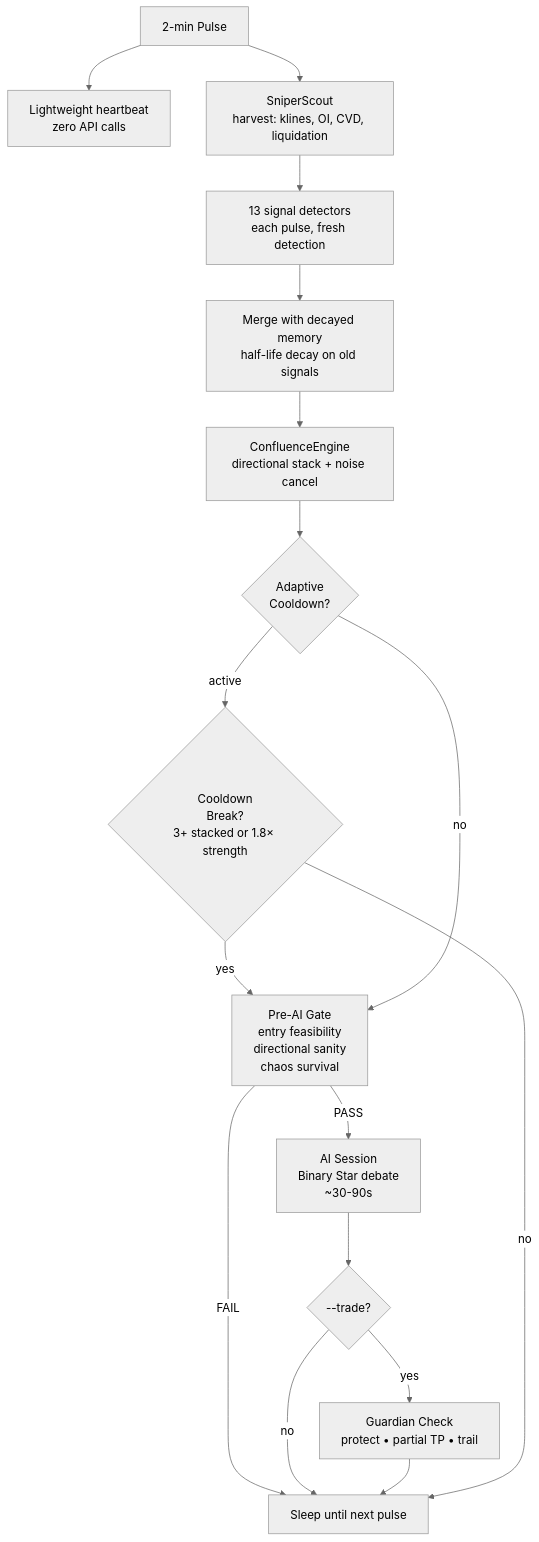
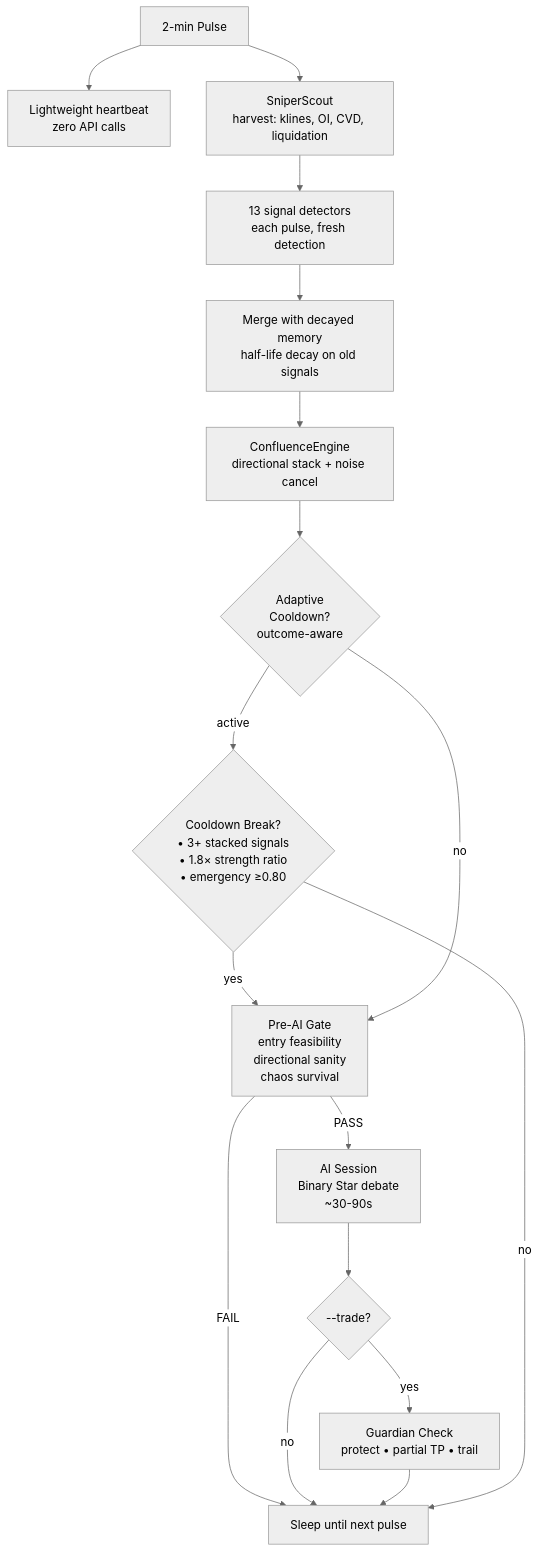
One commit to jiangyang5157/binary-star changed the third of 5 diagrams in README.md. Above: the diagram before and after it, drawn with Mermaid (neutral theme). The commit also changed other lines of this file, not shown here.

````diff
--- a/README.md
+++ b/README.md
@@ -184,19 +216,19 @@
 ```mermaid
 graph TD
     Pulse["2-min Pulse"] --> LW["Lightweight heartbeat<br/>zero API calls"]
     Pulse --> Scout["SniperScout<br/>harvest: klines, OI, CVD, liquidation"]
     Scout --> Detect["13 signal detectors<br/>each pulse, fresh detection"]
     Detect --> Merge["Merge with decayed memory<br/>half-life decay on old signals"]
     Merge --> Confluence["ConfluenceEngine<br/>directional stack + noise cancel"]
-    Confluence --> Cooldown{"Adaptive<br/>Cooldown?"}
-    Cooldown -->|active| Break{"Cooldown<br/>Break?<br/>3+ stacked or 1.8× strength"}
+    Confluence --> Cooldown{"Adaptive<br/>Cooldown?<br/>outcome-aware"}
+    Cooldown -->|active| Break{"Cooldown Break?<br/>• 3+ stacked signals<br/>• 1.8× strength ratio<br/>• emergency ≥0.80"}
     Break -->|yes| Gate
     Cooldown -->|no| Gate["Pre-AI Gate<br/>entry feasibility<br/>directional sanity<br/>chaos survival"]
     Gate -->|PASS| AI["AI Session<br/>Binary Star debate<br/>~30-90s"]
     Gate -->|FAIL| Sleep
     AI --> Trade{"--trade?"}
     Trade -->|yes| Guardian["Guardian Check<br/>protect • partial TP • trail"]
     Trade -->|no| Sleep["Sleep until next pulse"]
     Guardian --> Sleep
     Break -->|no| Sleep
 ```
````
